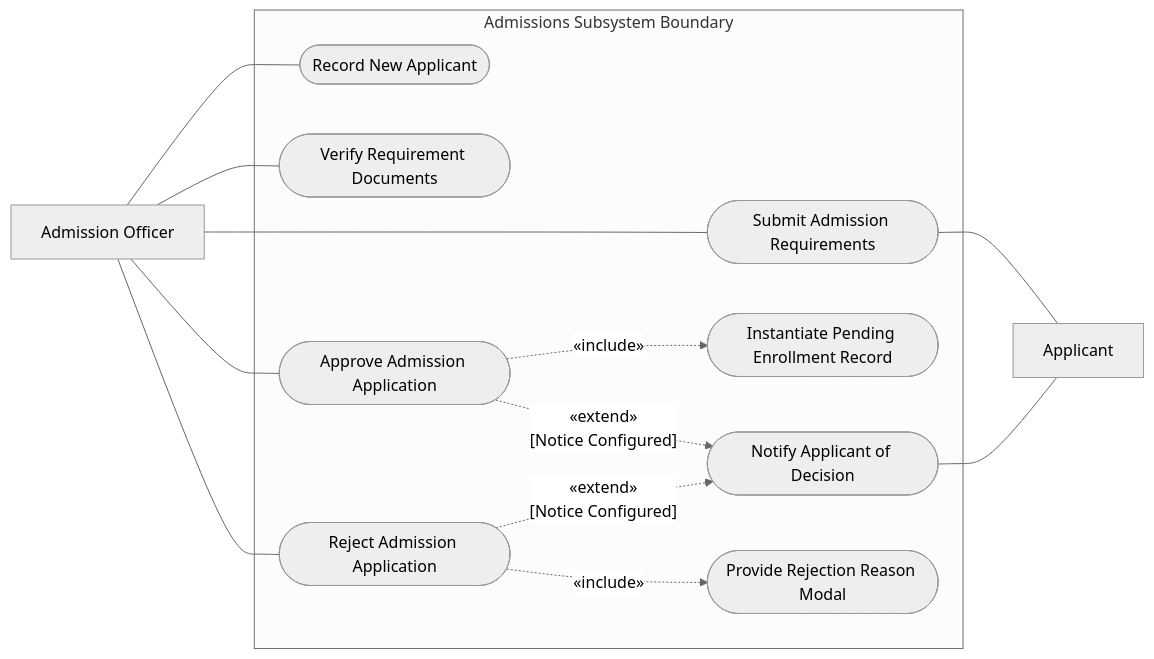
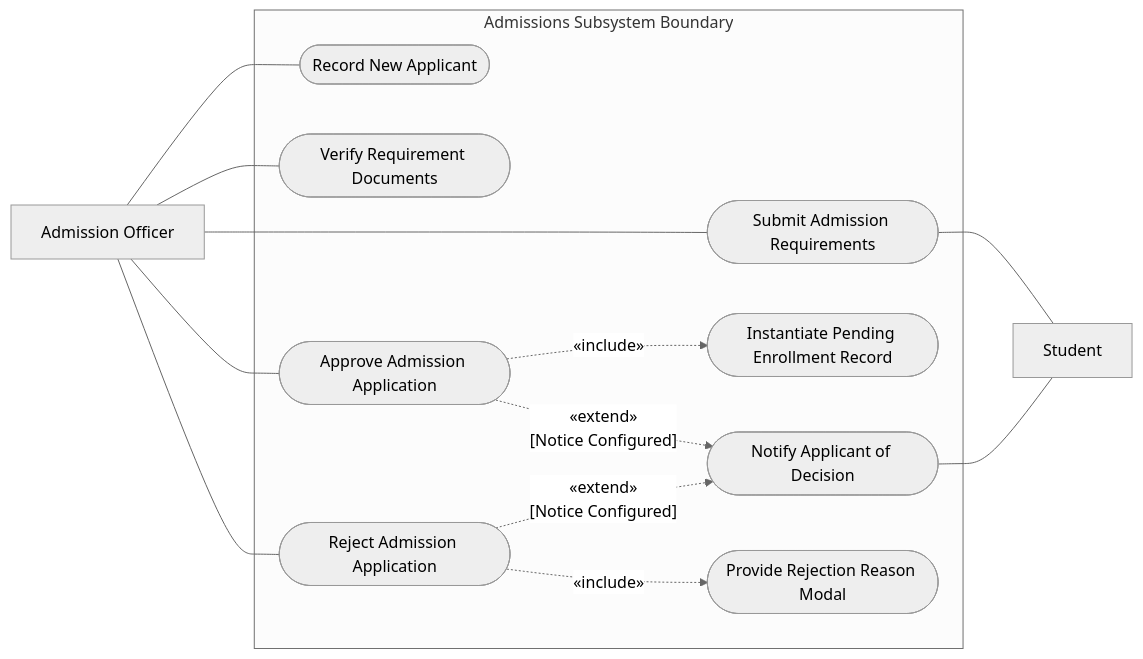
Before and after one commit to kirbygeagonia-create/EnrollmentManagementSystem: the sixth of 17 diagrams in Documentation/Use-Case-Diagram-Guide.md, drawn with Mermaid (neutral theme). The commit also changed other lines of this file and 50 other files, not shown here.

First line of the commit message:
The use-case actors fold to one figure per role, and the stage words move to the prose

````diff
--- a/Documentation/Use-Case-Diagram-Guide.md
+++ b/Documentation/Use-Case-Diagram-Guide.md
@@ -321,29 +321,29 @@
 ```mermaid
 flowchart LR
     A_Adm["Admission Officer"]
-    A_App["Applicant"]
+    A_App["Student"]
 
     subgraph SYSTEM ["Admissions Subsystem Boundary"]
         UC01(["Record New Applicant"])
         UC02(["Submit Admission Requirements"])
         UC03(["Verify Requirement Documents"])
         UC04(["Approve Admission Application"])
         UC05(["Reject Admission Application"])
         UC06(["Instantiate Pending Enrollment Record"])
         UC07(["Notify Applicant of Decision"])
         UC08(["Provide Rejection Reason Modal"])
     end
 
     A_Adm --- UC01
     A_Adm --- UC02
     A_Adm --- UC03
     A_Adm --- UC04
     A_Adm --- UC05
 
     UC02 --- A_App
     UC04 -.->|"«include»"| UC06
     UC04 -.->|"«extend»\n[Notice Configured]"| UC07
     UC05 -.->|"«include»"| UC08
     UC05 -.->|"«extend»\n[Notice Configured]"| UC07
     UC07 --- A_App
 ```
````
